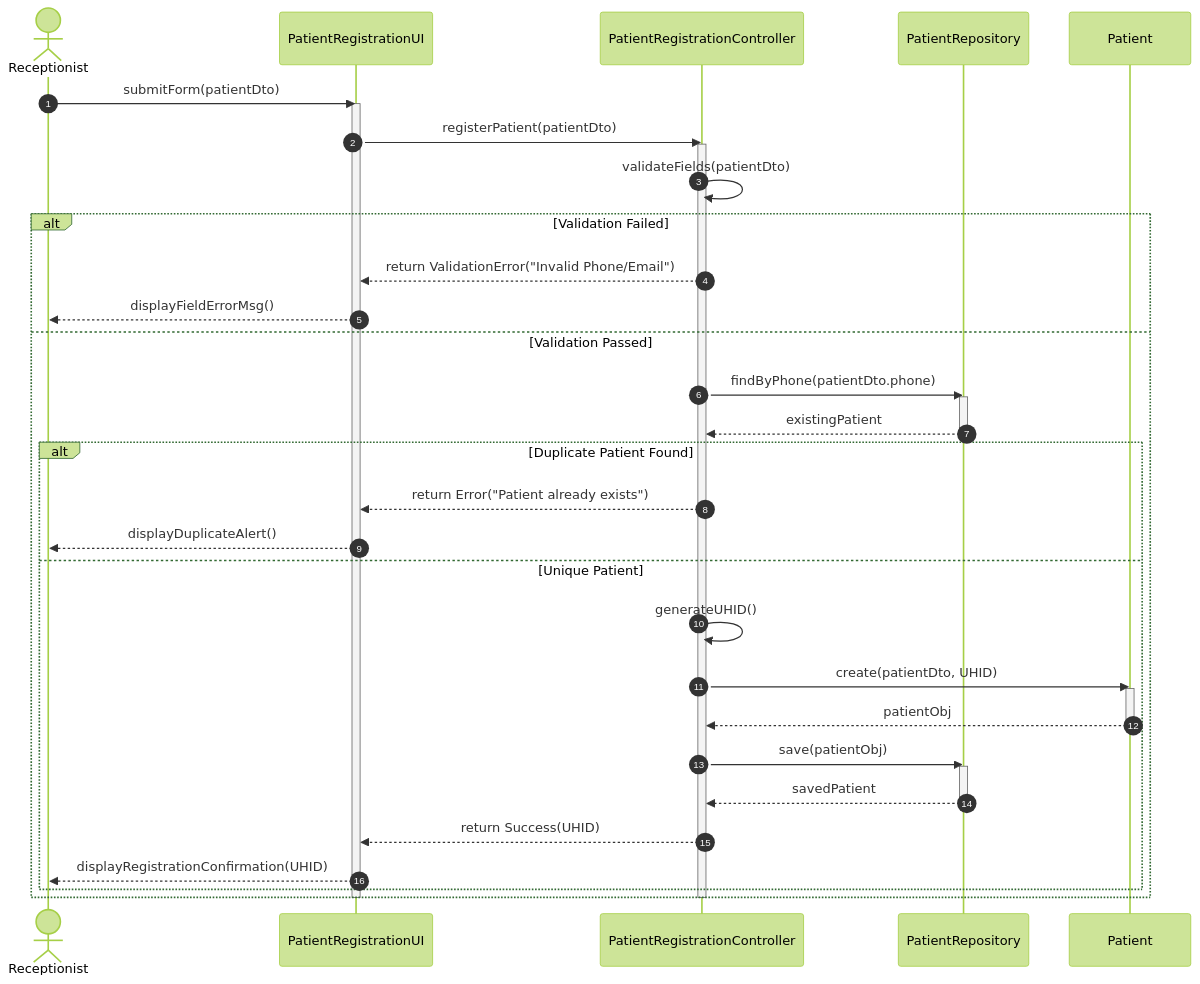
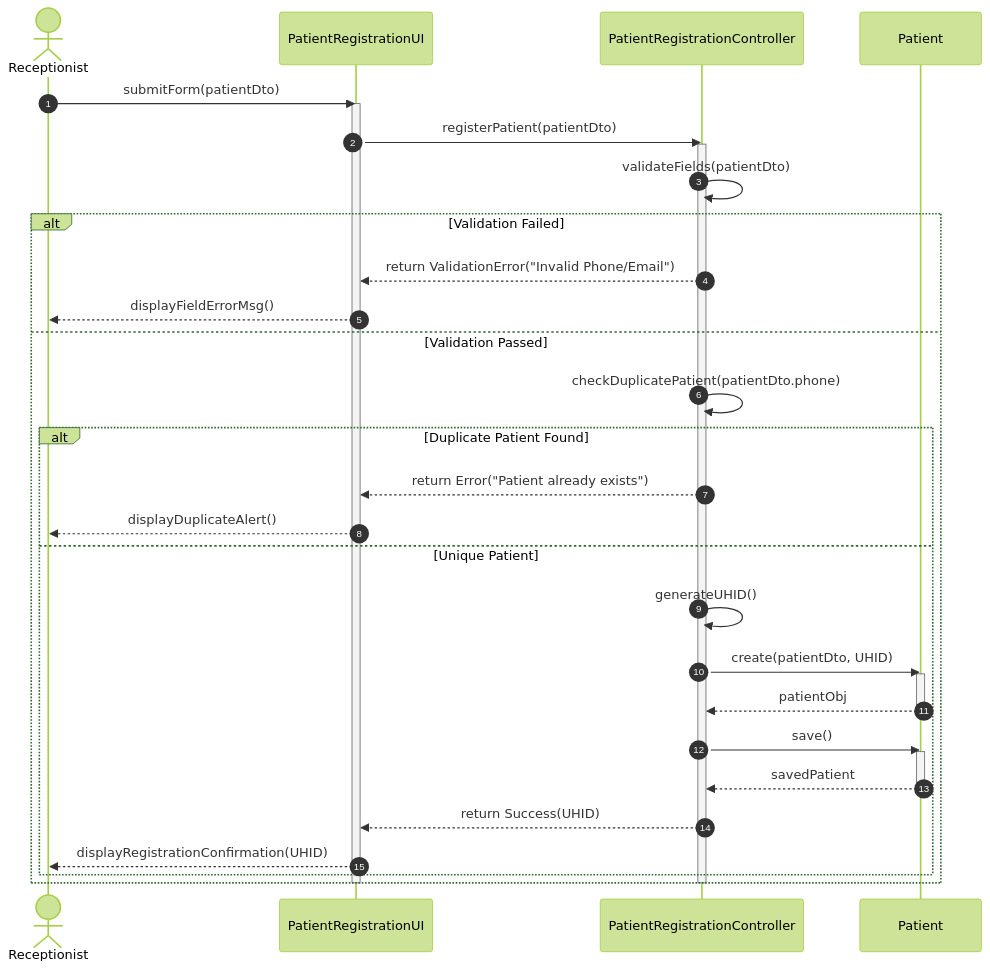
The diagram in experiment-06/detailed-sequence-diagrams/dsd-01-patient-registration.mmd (saipraveen-k/Smart-Hospital-Management-System---UML), drawn with Mermaid (forest theme) before and after one commit. The commit also changed 11 other files, not shown here.

Commit message:
docs: add actor definitions, use case diagrams, and detailed sequence diagrams for the Smart Hospital Management System.

```diff
--- a/experiment-06/detailed-sequence-diagrams/dsd-01-patient-registration.mmd
+++ b/experiment-06/detailed-sequence-diagrams/dsd-01-patient-registration.mmd
@@ -1,40 +1,36 @@
 sequenceDiagram
     autonumber
     actor Receptionist as Receptionist
     participant UI as PatientRegistrationUI
     participant Ctrl as PatientRegistrationController
-    participant Repo as PatientRepository
     participant Entity as Patient
 
     Receptionist->>UI: submitForm(patientDto)
     activate UI
     UI->>Ctrl: registerPatient(patientDto)
     activate Ctrl
     Ctrl->>Ctrl: validateFields(patientDto)
     alt Validation Failed
         Ctrl-->>UI: return ValidationError("Invalid Phone/Email")
         UI-->>Receptionist: displayFieldErrorMsg()
     else Validation Passed
-        Ctrl->>Repo: findByPhone(patientDto.phone)
-        activate Repo
-        Repo-->>Ctrl: existingPatient
-        deactivate Repo
+        Ctrl->>Ctrl: checkDuplicatePatient(patientDto.phone)
         alt Duplicate Patient Found
             Ctrl-->>UI: return Error("Patient already exists")
             UI-->>Receptionist: displayDuplicateAlert()
         else Unique Patient
             Ctrl->>Ctrl: generateUHID()
             Ctrl->>Entity: create(patientDto, UHID)
             activate Entity
             Entity-->>Ctrl: patientObj
             deactivate Entity
-            Ctrl->>Repo: save(patientObj)
-            activate Repo
-            Repo-->>Ctrl: savedPatient
-            deactivate Repo
+            Ctrl->>Entity: save()
+            activate Entity
+            Entity-->>Ctrl: savedPatient
+            deactivate Entity
             Ctrl-->>UI: return Success(UHID)
             UI-->>Receptionist: displayRegistrationConfirmation(UHID)
         end
     end
     deactivate Ctrl
     deactivate UI
```
